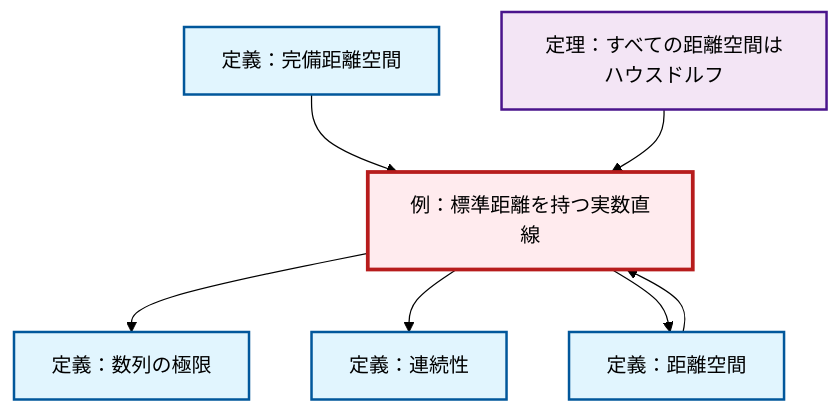
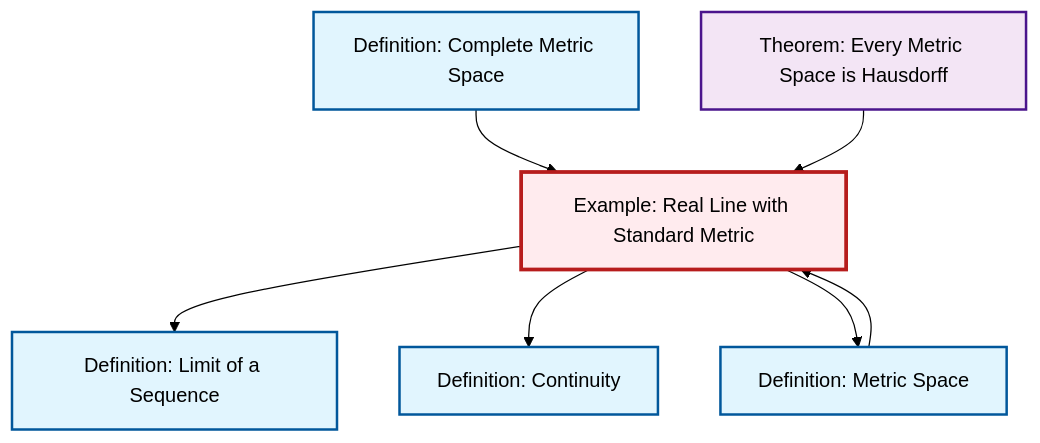
One commit to RK0429/ModernMath changed the diagram in content/ja/analysis/ex-real-line-metric.qmd. Above: the diagram before and after it, drawn with Mermaid (forest theme). The commit also changed 203 other files, not shown here.

````diff
--- a/content/ja/analysis/ex-real-line-metric.qmd
+++ b/content/ja/analysis/ex-real-line-metric.qmd
@@ -63,28 +63,22 @@
 ```{mermaid}
-%%| fig-cap: "ローカル依存グラフ"
+%%| fig-cap: "Local dependency graph"
 graph TD
     classDef definition fill:#e1f5fe,stroke:#01579b,stroke-width:2px
     classDef theorem fill:#f3e5f5,stroke:#4a148c,stroke-width:2px
     classDef axiom fill:#fff3e0,stroke:#e65100,stroke-width:2px
     classDef example fill:#e8f5e9,stroke:#1b5e20,stroke-width:2px
     classDef current fill:#ffebee,stroke:#b71c1c,stroke-width:3px
-    def-continuity["定義：連続性"]:::definition
-    def-limit["定義：数列の極限"]:::definition
-    thm-metric-hausdorff["定理：すべての距離空間はハウスドルフ"]:::theorem
-    def-complete-metric-space["定義：完備距離空間"]:::definition
-    ex-real-line-metric["例：標準距離を持つ実数直線"]:::example
-    def-metric-space["定義：距離空間"]:::definition
+    def-continuity["Definition: Continuity"]:::definition
+    def-limit["Definition: Limit of a Sequence"]:::definition
+    thm-metric-hausdorff["Theorem: Every Metric Space is Hausdorff"]:::theorem
+    def-complete-metric-space["Definition: Complete Metric Space"]:::definition
+    ex-real-line-metric["Example: Real Line with Standard Metric"]:::example
+    def-metric-space["Definition: Metric Space"]:::definition
     def-complete-metric-space --> ex-real-line-metric
     ex-real-line-metric --> def-limit
     ex-real-line-metric --> def-continuity
     def-metric-space --> ex-real-line-metric
     ex-real-line-metric --> def-metric-space
     thm-metric-hausdorff --> ex-real-line-metric
     class ex-real-line-metric current
-
-    click def-continuity "def-continuity.html" "Go to 定義：連続性"
-    click def-limit "def-limit.html" "Go to 定義：数列の極限"
-    click thm-metric-hausdorff "thm-metric-hausdorff.html" "Go to 定理：すべての距離空間はハウスドルフ"
-    click def-complete-metric-space "def-complete-metric-space.html" "Go to 定義：完備距離空間"
-    click def-metric-space "def-metric-space.html" "Go to 定義：距離空間"
 ```
````
